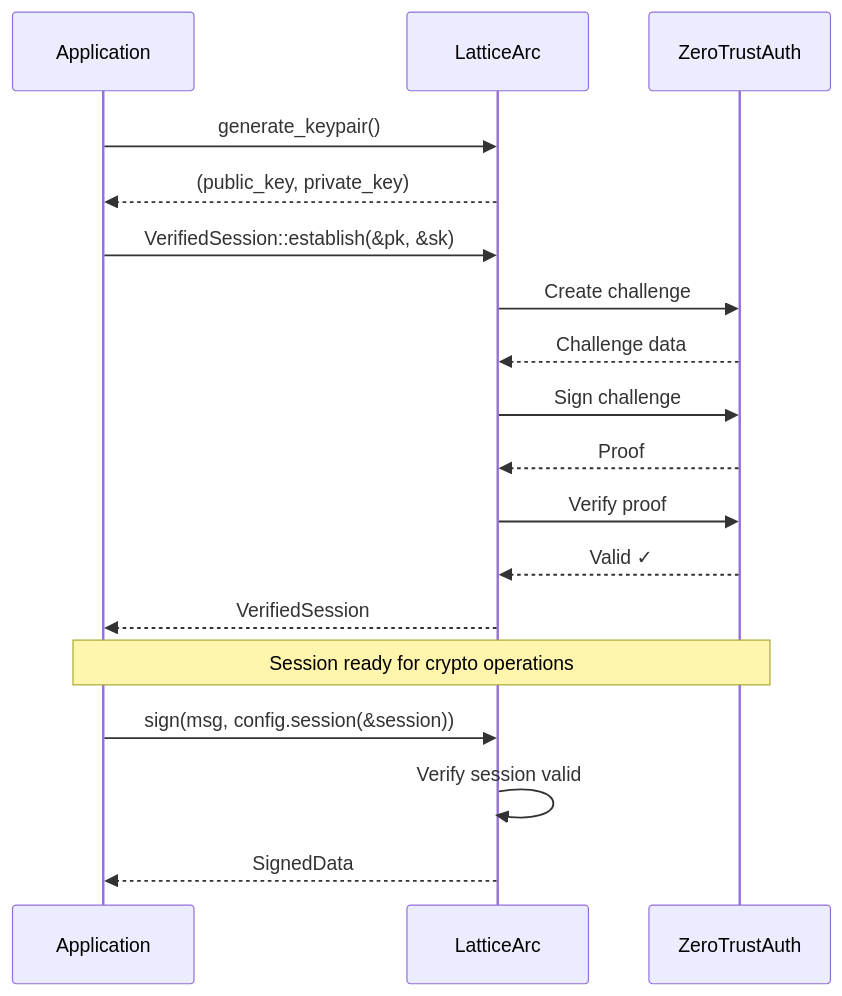
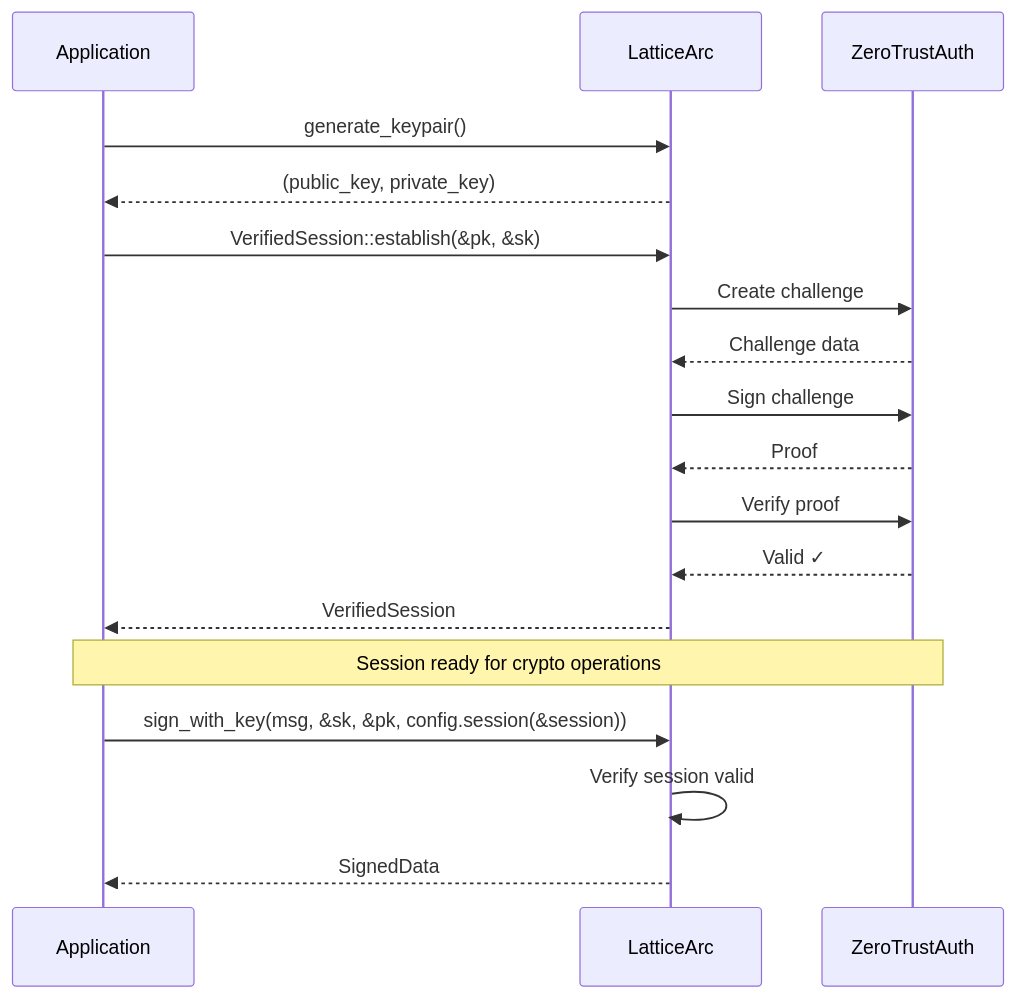
Before and after one commit to LatticeArc/latticearc: the sixth of 7 diagrams in docs/UNIFIED_API_GUIDE.md, drawn with Mermaid. The commit also changed other lines of this file and 6 other files, not shown here.

````diff
--- a/docs/UNIFIED_API_GUIDE.md
+++ b/docs/UNIFIED_API_GUIDE.md
@@ -340,24 +416,24 @@
 ```mermaid
 sequenceDiagram
     participant App as Application
     participant LA as LatticeArc
     participant ZT as ZeroTrustAuth
 
     App->>LA: generate_keypair()
     LA-->>App: (public_key, private_key)
 
     App->>LA: VerifiedSession::establish(&pk, &sk)
     LA->>ZT: Create challenge
     ZT-->>LA: Challenge data
     LA->>ZT: Sign challenge
     ZT-->>LA: Proof
     LA->>ZT: Verify proof
     ZT-->>LA: Valid ✓
     LA-->>App: VerifiedSession
 
     Note over App,ZT: Session ready for crypto operations
 
-    App->>LA: sign(msg, config.session(&session))
+    App->>LA: sign_with_key(msg, &sk, &pk, config.session(&session))
     LA->>LA: Verify session valid
     LA-->>App: SignedData
 ```
````
